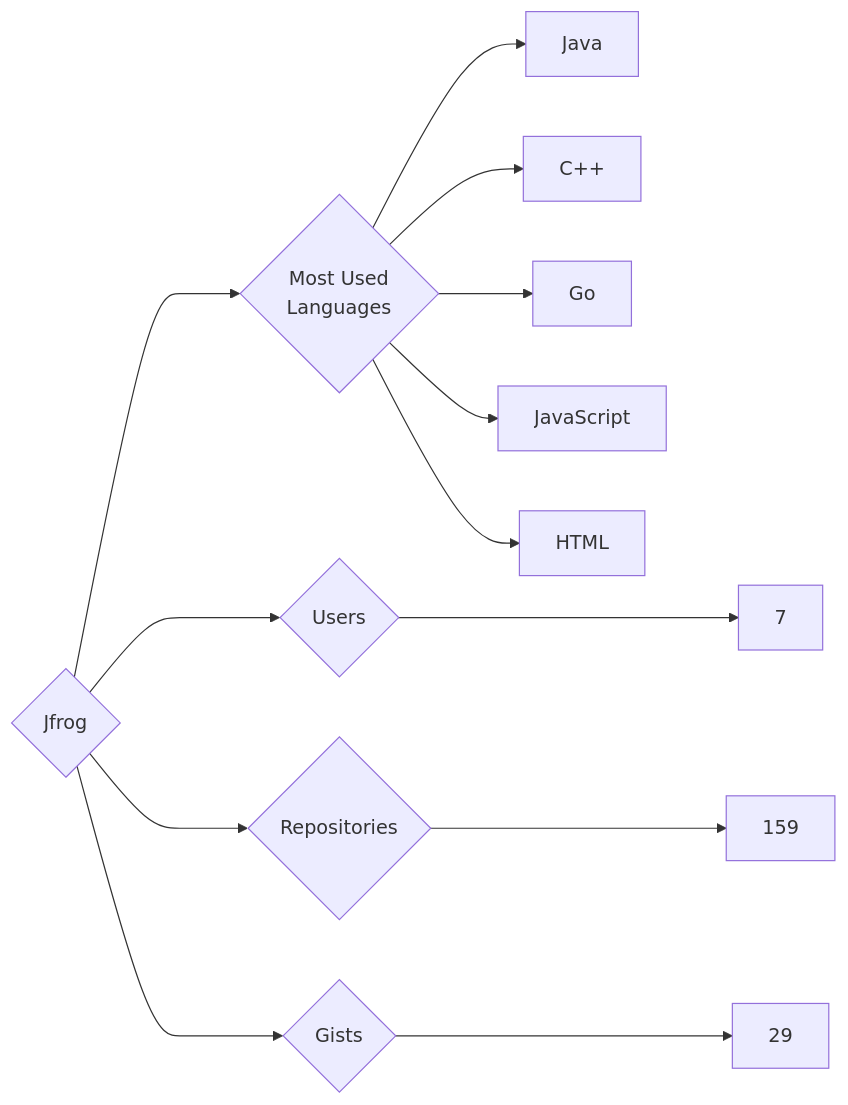
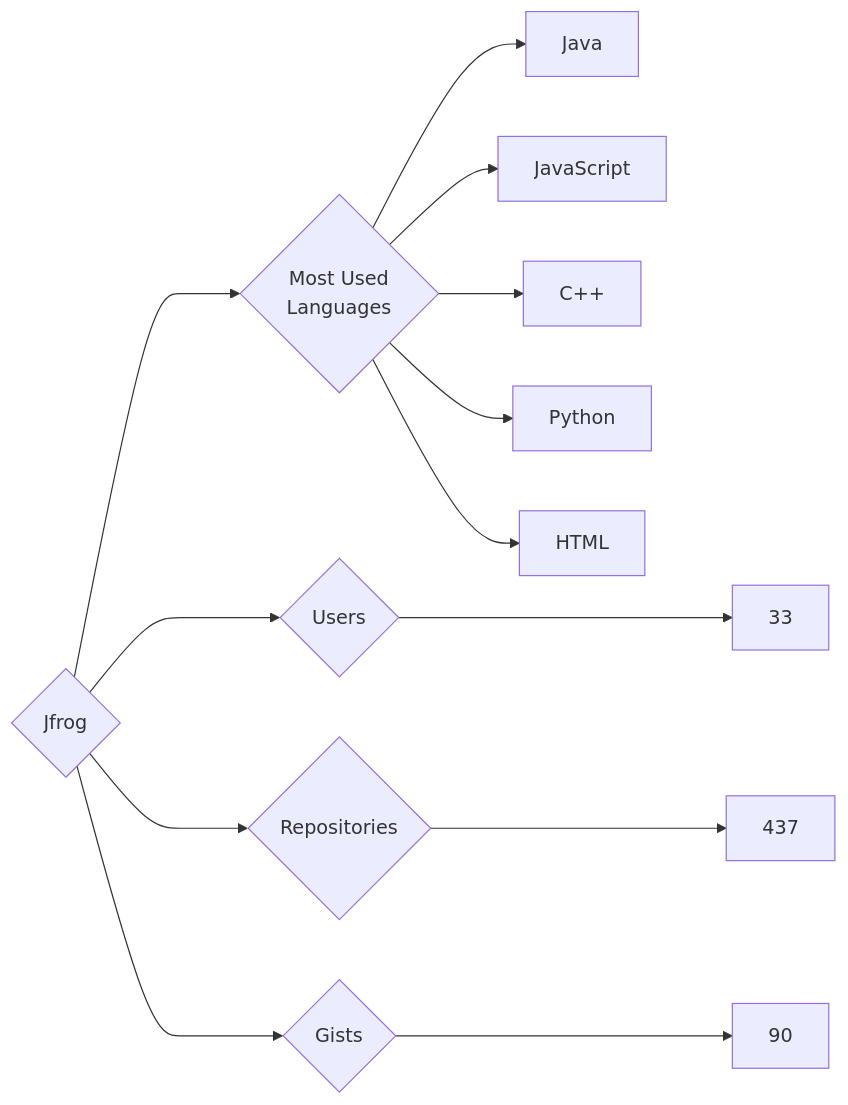
One commit to trickest/insiders changed the diagram in targets/Jfrog/README.md. Above: the diagram before and after it, drawn with Mermaid. The commit also changed 814 other files, not shown here.

````diff
--- a/targets/Jfrog/README.md
+++ b/targets/Jfrog/README.md
@@ -3,13 +3,13 @@
 ```mermaid
 graph LR
 COMPANY_NAME{Jfrog}
-COMPANY_NAME ---> U{Users} ---> UN[7]
-COMPANY_NAME ---> R{Repositories} ---> RN[159]
-COMPANY_NAME ---> G{Gists} ---> GN[29]
+COMPANY_NAME ---> U{Users} ---> UN[33]
+COMPANY_NAME ---> R{Repositories} ---> RN[437]
+COMPANY_NAME ---> G{Gists} ---> GN[90]
 COMPANY_NAME ---> ML{Most Used<br>Languages}
 ML --> Java[Java]
+ML --> JavaScript[JavaScript]
 ML --> C++[C++]
-ML --> Go[Go]
-ML --> JavaScript[JavaScript]
+ML --> Python[Python]
 ML --> HTML[HTML]
 ```
````
